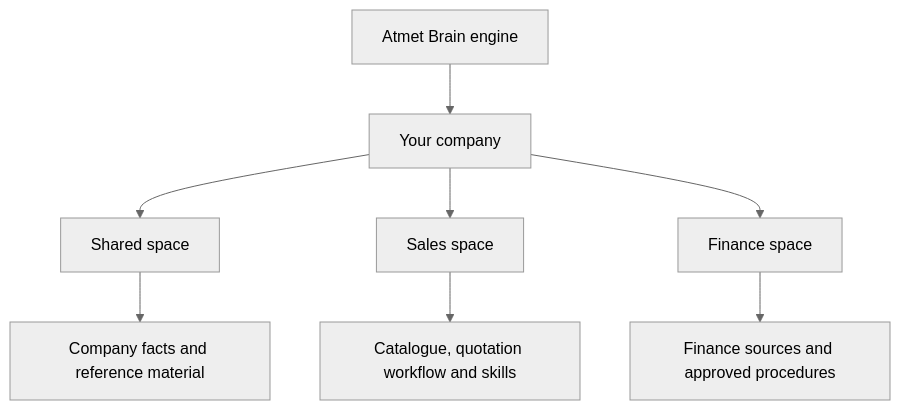
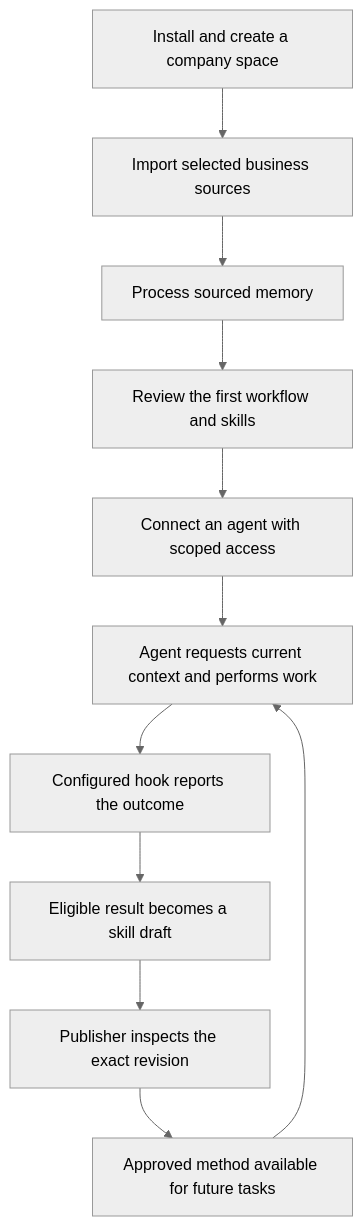
One commit to Atmet-AI/Atmet-brain changed the diagram in docs/diagrams/overview-1.mmd. Above: the diagram before and after it, drawn with Mermaid (neutral theme). The commit also changed 16 other files, not shown here.

Commit message:
Explain Brain setup, memory types and existing project integration

```diff
--- a/docs/diagrams/overview-1.mmd
+++ b/docs/diagrams/overview-1.mmd
@@ -1,8 +1,11 @@
-flowchart TB
-    Core["Atmet Brain engine"] --> Company["Your company"]
-    Company --> Shared["Shared space"]
-    Company --> Sales["Sales space"]
-    Company --> Finance["Finance space"]
-    Shared --> Foundation["Company facts and reference material"]
-    Sales --> SalesContext["Catalogue, quotation workflow and skills"]
-    Finance --> FinanceContext["Finance sources and approved procedures"]
+flowchart TD
+    Setup["Install and create a company space"] --> Sources["Import selected business sources"]
+    Sources --> Knowledge["Process sourced memory"]
+    Knowledge --> Procedures["Review the first workflow and skills"]
+    Procedures --> Connect["Connect an agent with scoped access"]
+    Connect --> Task["Agent requests current context and performs work"]
+    Task --> Feedback["Configured hook reports the outcome"]
+    Feedback --> Draft["Eligible result becomes a skill draft"]
+    Draft --> Review["Publisher inspects the exact revision"]
+    Review --> Next["Approved method available for future tasks"]
+    Next --> Task
```
